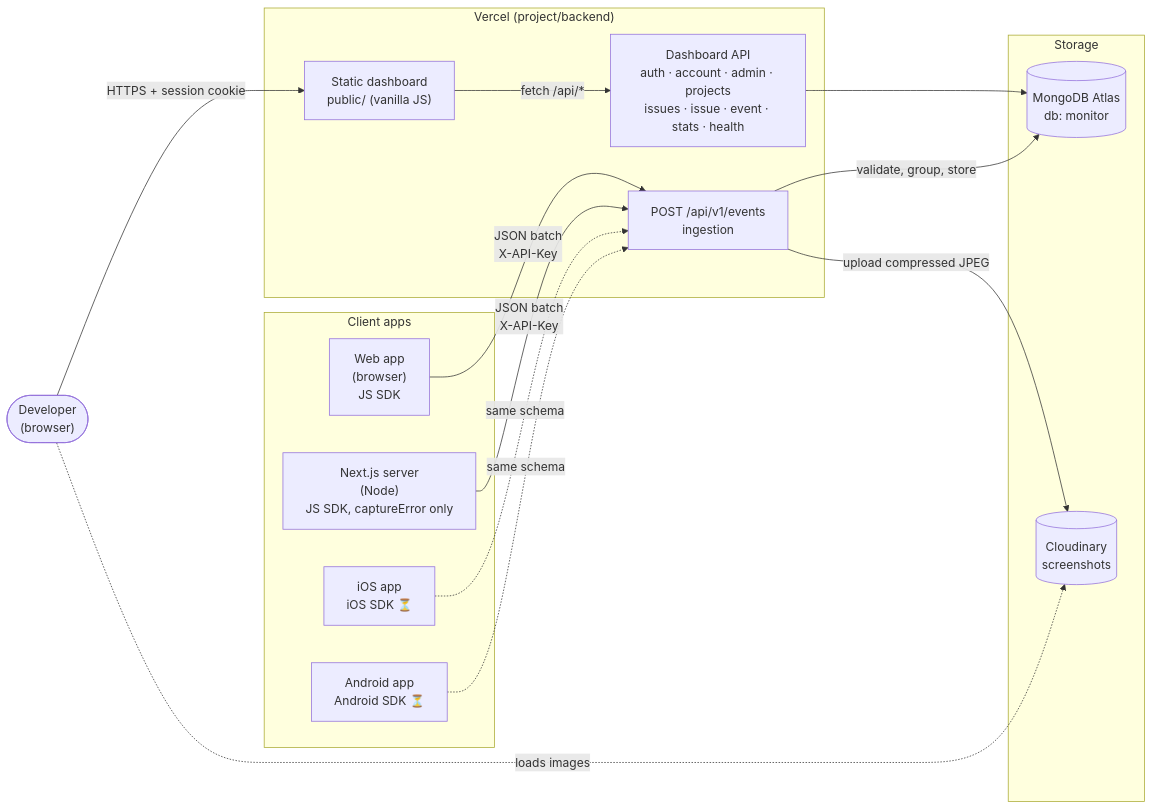
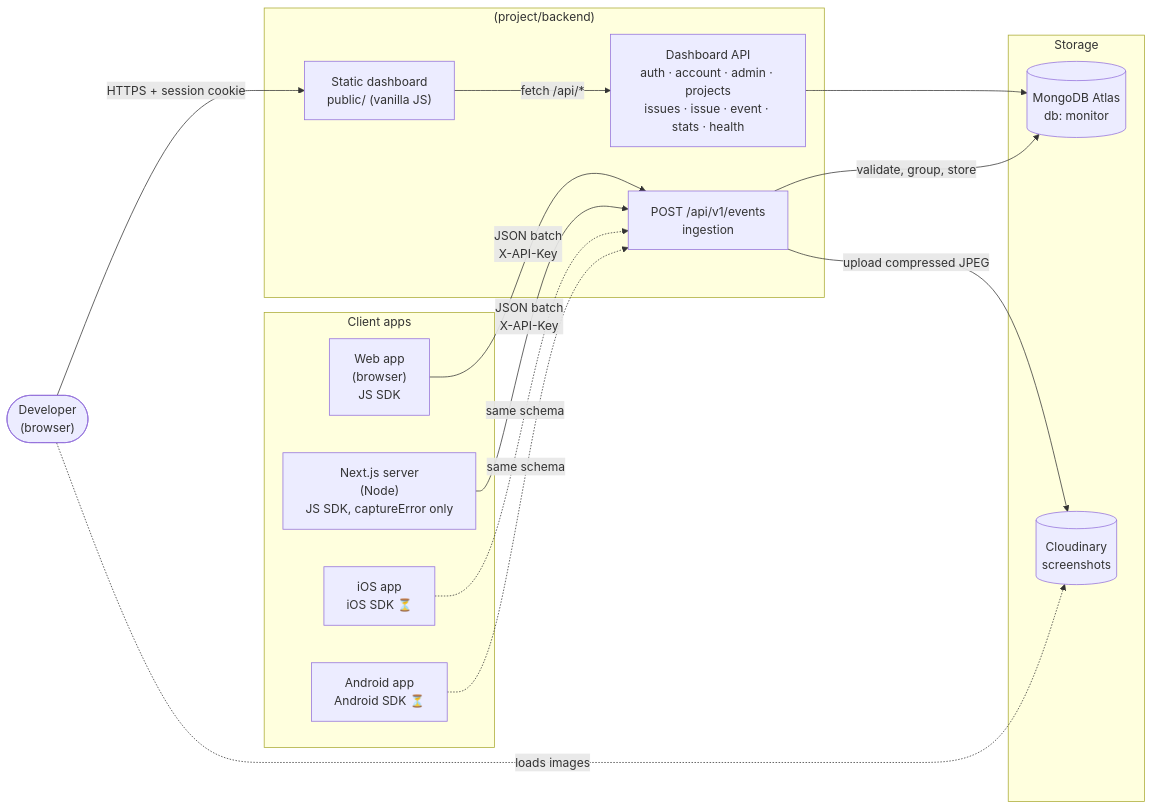
The first of 3 diagrams in docs/ARCHITECTURE.md (sou842/monitoring_system), drawn with Mermaid before and after one commit. The commit also changed other lines of this file and 2 other files, not shown here.

````diff
--- a/docs/ARCHITECTURE.md
+++ b/docs/ARCHITECTURE.md
@@ -12,35 +9,35 @@
 ```mermaid
 flowchart LR
     subgraph Clients["Client apps"]
         WEB["Web app<br/>(browser)<br/>JS SDK"]
         NODE["Next.js server<br/>(Node)<br/>JS SDK, captureError only"]
         IOS["iOS app<br/>iOS SDK ⏳"]
         AND["Android app<br/>Android SDK ⏳"]
     end
 
-    subgraph Vercel["Vercel (project/backend)"]
+    subgraph Vercel[" (project/backend)"]
         ING["POST /api/v1/events<br/>ingestion"]
         DASHAPI["Dashboard API<br/>auth · account · admin · projects<br/>issues · issue · event · stats · health"]
         STATIC["Static dashboard<br/>public/ (vanilla JS)"]
     end
 
     subgraph Storage
         MONGO[("MongoDB Atlas<br/>db: monitor")]
         CLD[("Cloudinary<br/>screenshots")]
     end
 
     USER(["Developer<br/>(browser)"])
 
     WEB -- "JSON batch<br/>X-API-Key" --> ING
     NODE -- "JSON batch<br/>X-API-Key" --> ING
     IOS -. "same schema" .-> ING
     AND -. "same schema" .-> ING
 
     ING -- "validate, group, store" --> MONGO
     ING -- "upload compressed JPEG" --> CLD
 
     USER -- "HTTPS + session cookie" --> STATIC
     STATIC -- "fetch /api/*" --> DASHAPI
     DASHAPI --> MONGO
     USER -. "loads images" .-> CLD
 ```
````
